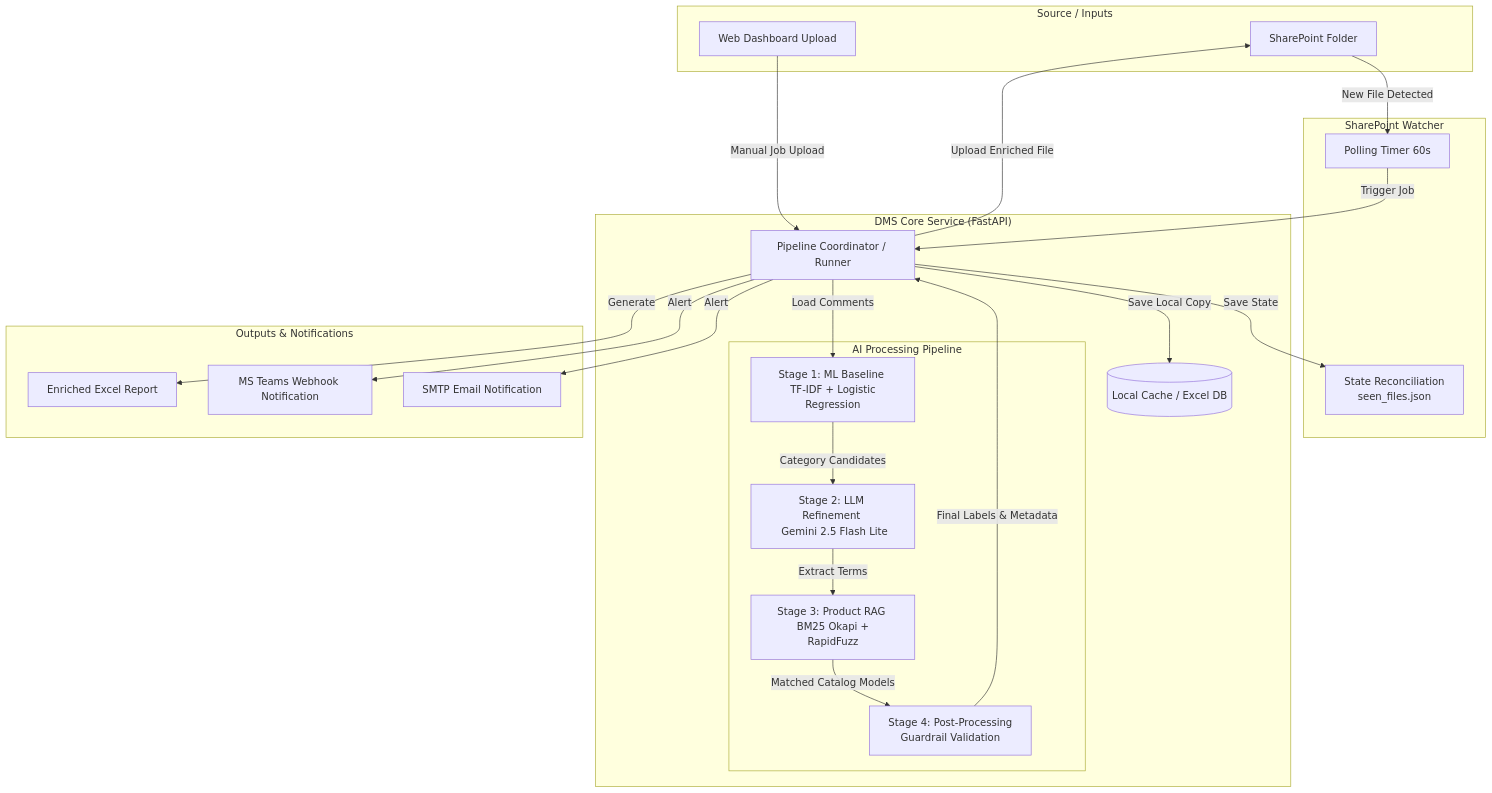
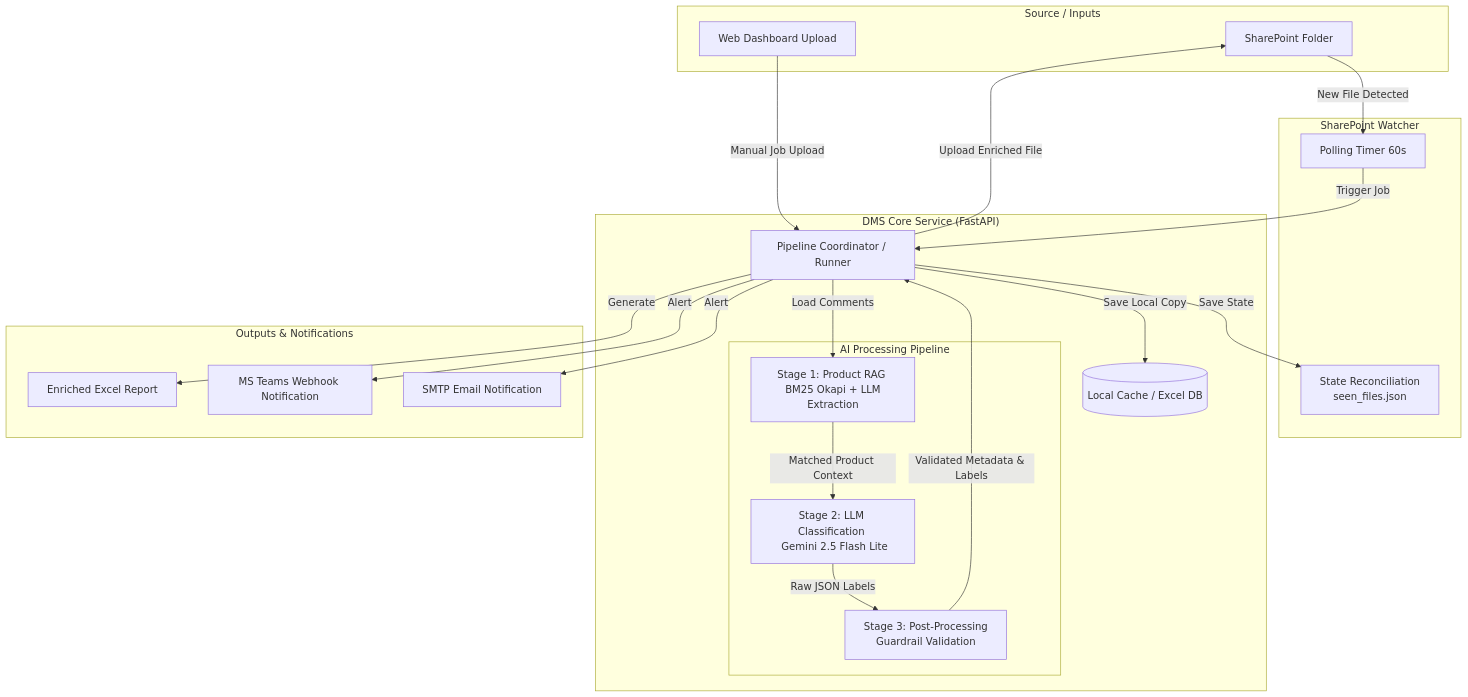
One commit to ThanhDT127/dms-feedback-classification changed the diagram in README.md. Above: the diagram before and after it, drawn with Mermaid. The commit also changed other lines of this file and 1 other file, not shown here.

Commit message:
docs: correct pipeline stage definitions in README and Mermaid diagrams

````diff
--- a/README.md
+++ b/README.md
@@ -230,48 +230,46 @@
 ```mermaid
 graph TD
     subgraph Input ["Source / Inputs"]
         SP[SharePoint Folder]
         Web[Web Dashboard Upload]
     end
 
     subgraph Watcher ["SharePoint Watcher"]
         Poll[Polling Timer 60s]
         Reconcile[State Reconciliation <br/> seen_files.json]
     end
 
     subgraph Service ["DMS Core Service (FastAPI)"]
         Runner[Pipeline Coordinator / Runner]
         
         subgraph Pipeline ["AI Processing Pipeline"]
-            ML[Stage 1: ML Baseline <br/> TF-IDF + Logistic Regression]
-            LLM[Stage 2: LLM Refinement <br/> Gemini 2.5 Flash Lite]
-            RAG[Stage 3: Product RAG <br/> BM25 Okapi + RapidFuzz]
-            Post[Stage 4: Post-Processing <br/> Guardrail Validation]
+            RAG[Stage 1: Product RAG <br/> BM25 Okapi + LLM Extraction]
+            LLM[Stage 2: LLM Classification <br/> Gemini 2.5 Flash Lite]
+            Post[Stage 3: Post-Processing <br/> Guardrail Validation]
         end
         
         DB[(Local Cache / Excel DB)]
     end
 
     subgraph Outputs ["Outputs & Notifications"]
         Excel[Enriched Excel Report]
         Teams[MS Teams Webhook Notification]
         Email[SMTP Email Notification]
     end
 
     SP -->|New File Detected| Poll
     Poll -->|Trigger Job| Runner
     Web -->|Manual Job Upload| Runner
     
-    Runner -->|Load Comments| ML
-    ML -->|Category Candidates| LLM
-    LLM -->|Extract Terms| RAG
-    RAG -->|Matched Catalog Models| Post
-    Post -->|Final Labels & Metadata| Runner
+    Runner -->|Load Comments| RAG
+    RAG -->|Matched Product Context| LLM
+    LLM -->|Raw JSON Labels| Post
+    Post -->|Validated Metadata & Labels| Runner
     
     Runner -->|Save State| Reconcile
     Runner -->|Save Local Copy| DB
     Runner -->|Upload Enriched File| SP
     Runner -->|Generate| Excel
     Runner -->|Alert| Teams
     Runner -->|Alert| Email
 ```
````
